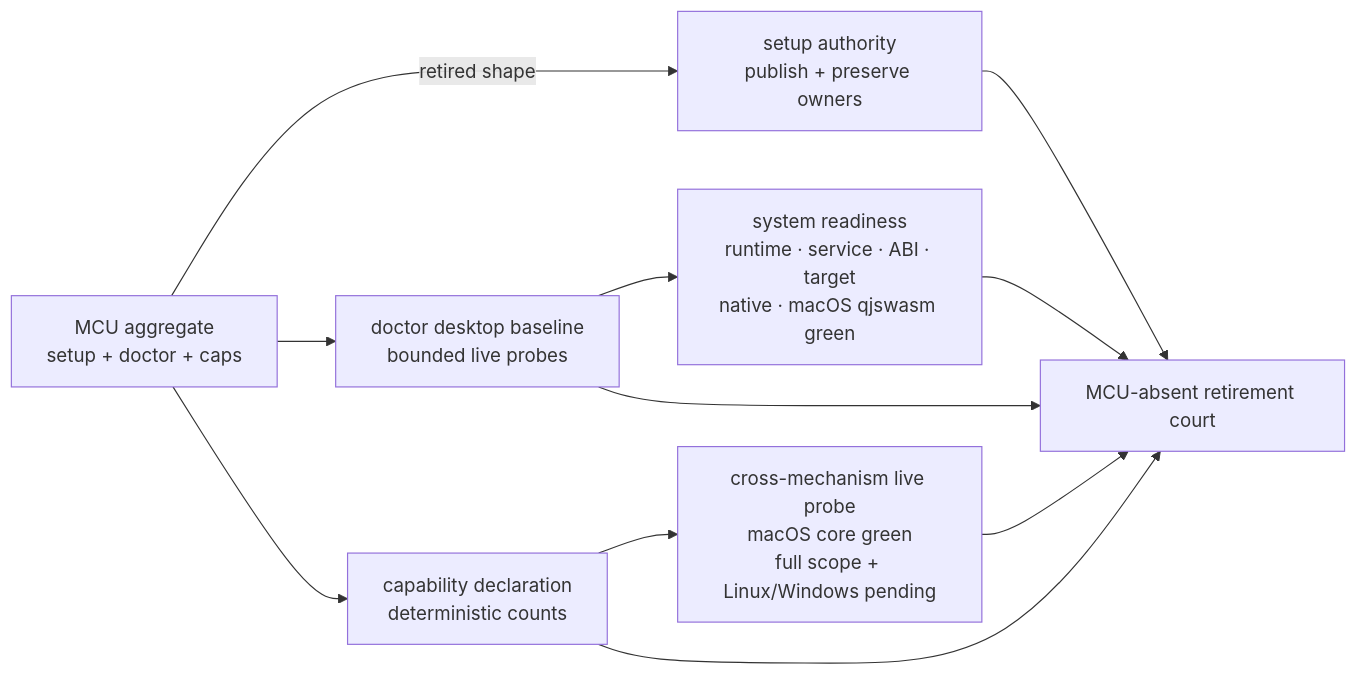
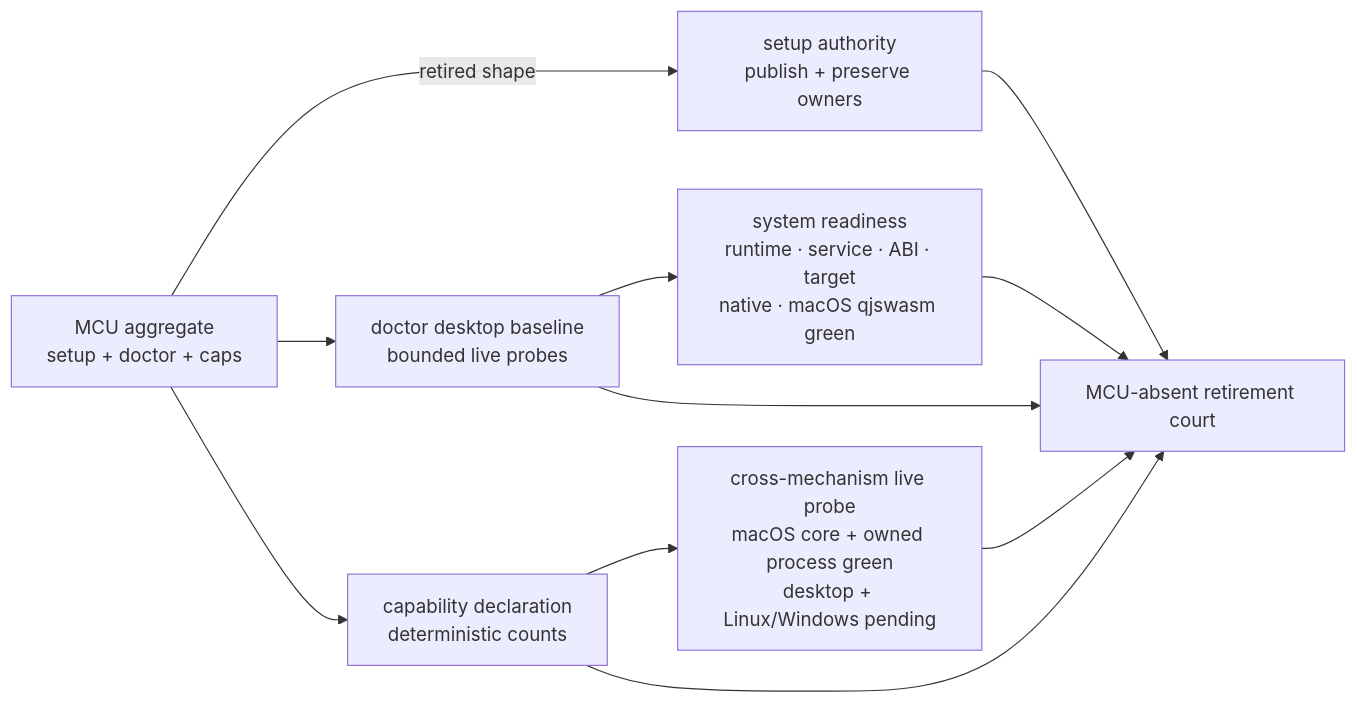
One commit to partnernetsoftware/agenterm changed the tenth of 15 diagrams in prd/PRD_02_28_agenterm_cu.md. Above: the diagram before and after it, drawn with Mermaid. The commit also changed other lines of this file and 8 other files, not shown here.

Commit message:
cu: prove owned process capability probe

````diff
--- a/prd/PRD_02_28_agenterm_cu.md
+++ b/prd/PRD_02_28_agenterm_cu.md
@@ -858,9 +860,9 @@
 ```mermaid
 flowchart LR
   OLD["MCU aggregate<br/>setup + doctor + caps"] -->|retired shape| SET["setup authority<br/>publish + preserve owners"]
   OLD --> BASE["doctor desktop baseline<br/>bounded live probes"]
   OLD --> DECL["capability declaration<br/>deterministic counts"]
   BASE --> SYS["system readiness<br/>runtime · service · ABI · target<br/>native · macOS qjswasm green"]
-  DECL --> LIVE["cross-mechanism live probe<br/>macOS core green<br/>full scope + Linux/Windows pending"]
+  DECL --> LIVE["cross-mechanism live probe<br/>macOS core + owned process green<br/>desktop + Linux/Windows pending"]
   SET & BASE & DECL & SYS & LIVE --> RET["MCU-absent retirement court"]
 ```
````
